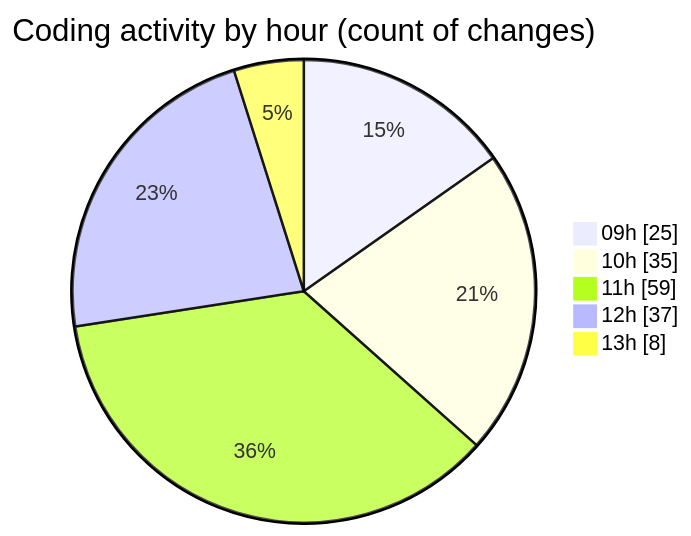
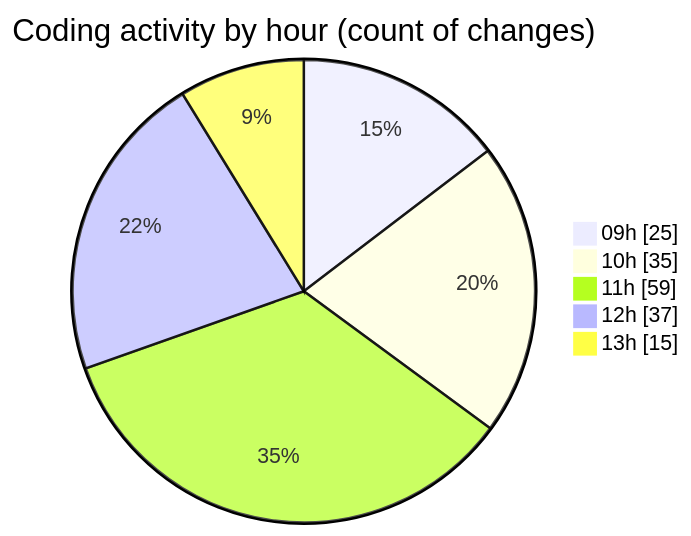
One commit to momahboobian/code-tracking changed the second of 2 diagrams in 2025-08-22/cda/README.md. Above: the diagram before and after it, drawn with Mermaid. The commit also changed other lines of this file and 1 other file, not shown here.

````diff
--- a/2025-08-22/cda/README.md
+++ b/2025-08-22/cda/README.md
@@ -50,9 +50,9 @@
 ```mermaid
 pie showData
 title Coding activity by hour (count of changes)
 "09h" : 25
 "10h" : 35
 "11h" : 59
 "12h" : 37
-"13h" : 8
+"13h" : 15
 ```
````
